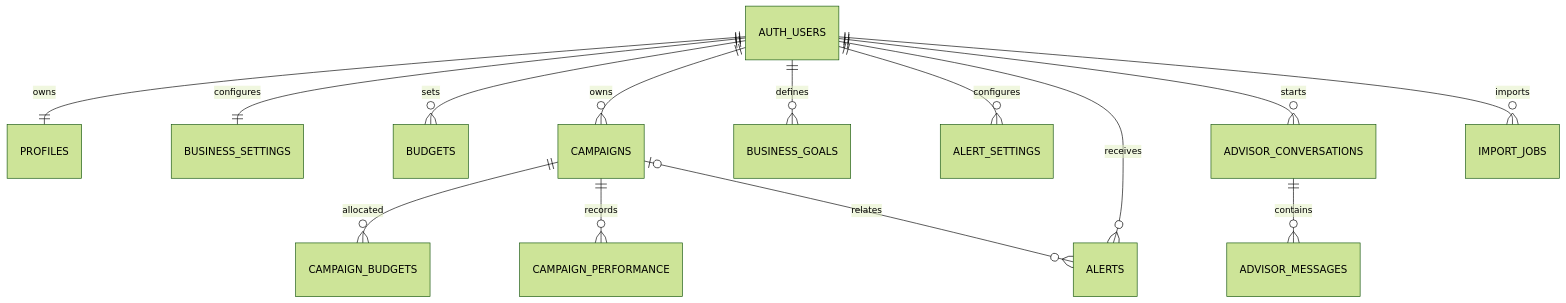
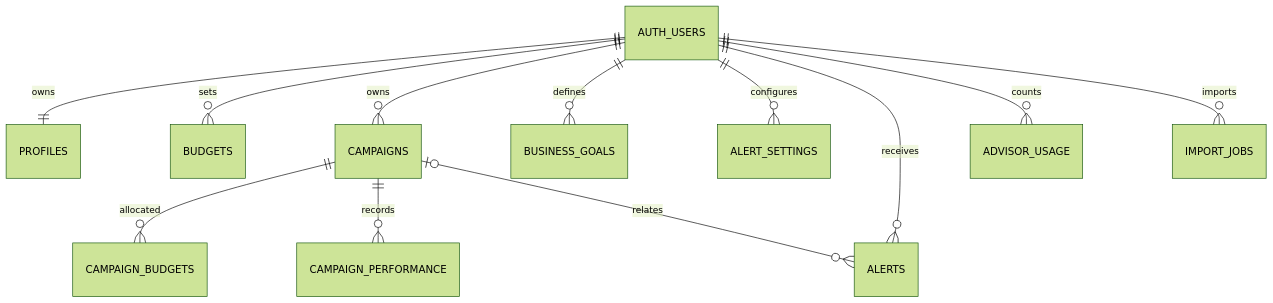
Before and after one commit to rotemtarter/BUDGI: the second of 2 diagrams in spec/ARCHITECTURE.md, drawn with Mermaid (forest theme). The commit also changed other lines of this file and 4 other files, not shown here.

First line of the commit message:
Resolve spec review findings across PRD, architecture, design and milestones

````diff
--- a/spec/ARCHITECTURE.md
+++ b/spec/ARCHITECTURE.md
@@ -475,16 +434,14 @@
 ``` mermaid
 erDiagram
     AUTH_USERS ||--|| PROFILES : owns
-    AUTH_USERS ||--|| BUSINESS_SETTINGS : configures
     AUTH_USERS ||--o{ BUDGETS : sets
     AUTH_USERS ||--o{ CAMPAIGNS : owns
     CAMPAIGNS ||--o{ CAMPAIGN_BUDGETS : allocated
     CAMPAIGNS ||--o{ CAMPAIGN_PERFORMANCE : records
     AUTH_USERS ||--o{ BUSINESS_GOALS : defines
     AUTH_USERS ||--o{ ALERT_SETTINGS : configures
     AUTH_USERS ||--o{ ALERTS : receives
     CAMPAIGNS o|--o{ ALERTS : relates
-    AUTH_USERS ||--o{ ADVISOR_CONVERSATIONS : starts
-    ADVISOR_CONVERSATIONS ||--o{ ADVISOR_MESSAGES : contains
+    AUTH_USERS ||--o{ ADVISOR_USAGE : counts
     AUTH_USERS ||--o{ IMPORT_JOBS : imports
 ```
````
